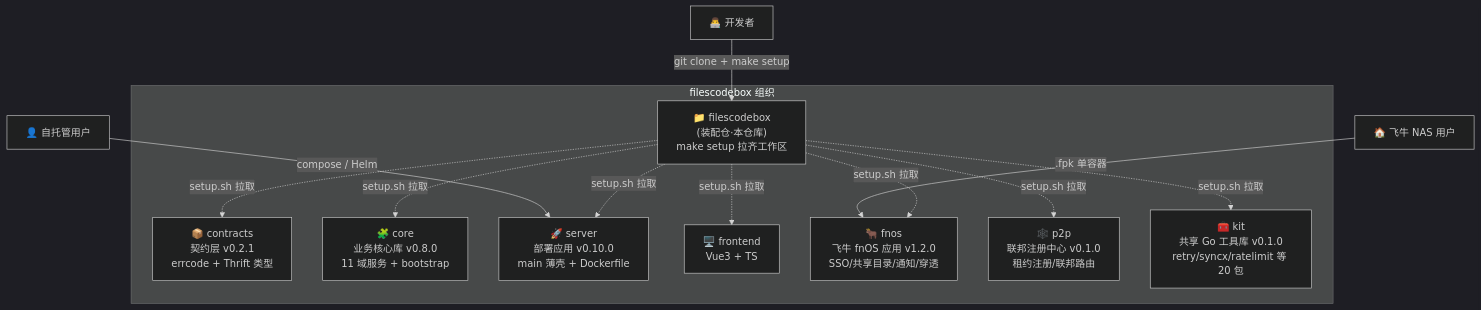
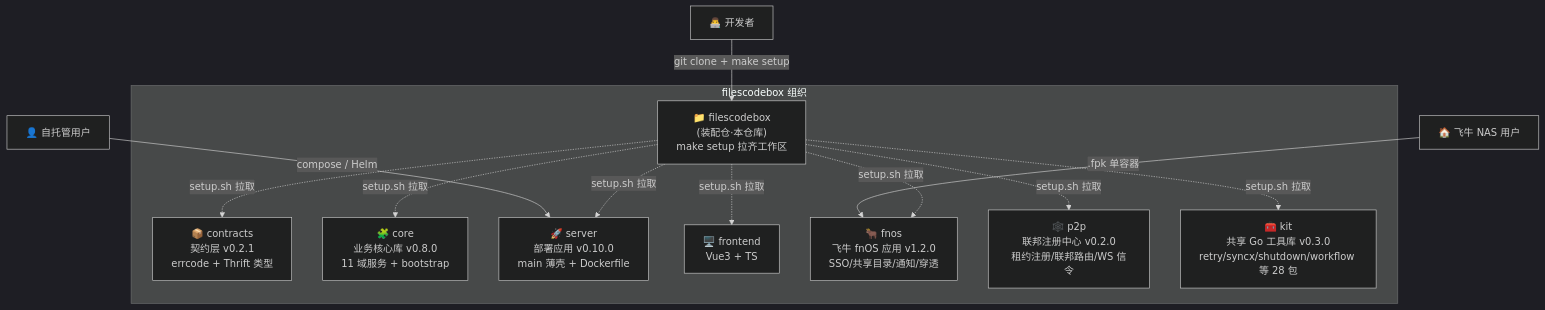
One commit to filescodebox/FilesCodeBox changed the first of 8 diagrams in docs/architecture.md. Above: the diagram before and after it, drawn with Mermaid (dark theme). The commit also changed other lines of this file, not shown here.

Commit message:
docs(architecture): kit/p2p 信息对齐当前态——v0.3.0/28 包+消费关系实线化,p2p v0.2.0,charts 1.3.6

````diff
--- a/docs/architecture.md
+++ b/docs/architecture.md
@@ -10,19 +10,19 @@
 ```mermaid
 graph TB
     subgraph ORG["filescodebox 组织"]
         UMB["📁 filescodebox<br/>(装配仓·本仓库)<br/>make setup 拉齐工作区"]
         CT["📦 contracts<br/>契约层 v0.2.1<br/>errcode + Thrift 类型"]
         CORE["🧩 core<br/>业务核心库 v0.8.0<br/>11 域服务 + bootstrap"]
         SRV["🚀 server<br/>部署应用 v0.10.0<br/>main 薄壳 + Dockerfile"]
         FE["🖥️ frontend<br/>Vue3 + TS"]
         FNOS["🐂 fnos<br/>飞牛 fnOS 应用 v1.2.0<br/>SSO/共享目录/通知/穿透"]
-        P2P["🕸️ p2p<br/>联邦注册中心 v0.1.0<br/>租约注册/联邦路由"]
-        KIT["🧰 kit<br/>共享 Go 工具库 v0.1.0<br/>retry/syncx/ratelimit 等 20 包"]
+        P2P["🕸️ p2p<br/>联邦注册中心 v0.2.0<br/>租约注册/联邦路由/WS 信令"]
+        KIT["🧰 kit<br/>共享 Go 工具库 v0.3.0<br/>retry/syncx/shutdown/workflow 等 28 包"]
     end
 
     USER["👤 自托管用户"] -->|"compose / Helm"| SRV
     NAS["🏠 飞牛 NAS 用户"] -->|".fpk 单容器"| FNOS
     DEV["👨‍💻 开发者"] -->|"git clone + make setup"| UMB
 
     UMB -.->|"setup.sh 拉取"| CT & CORE & SRV & FE & FNOS & P2P & KIT
 ```
````
